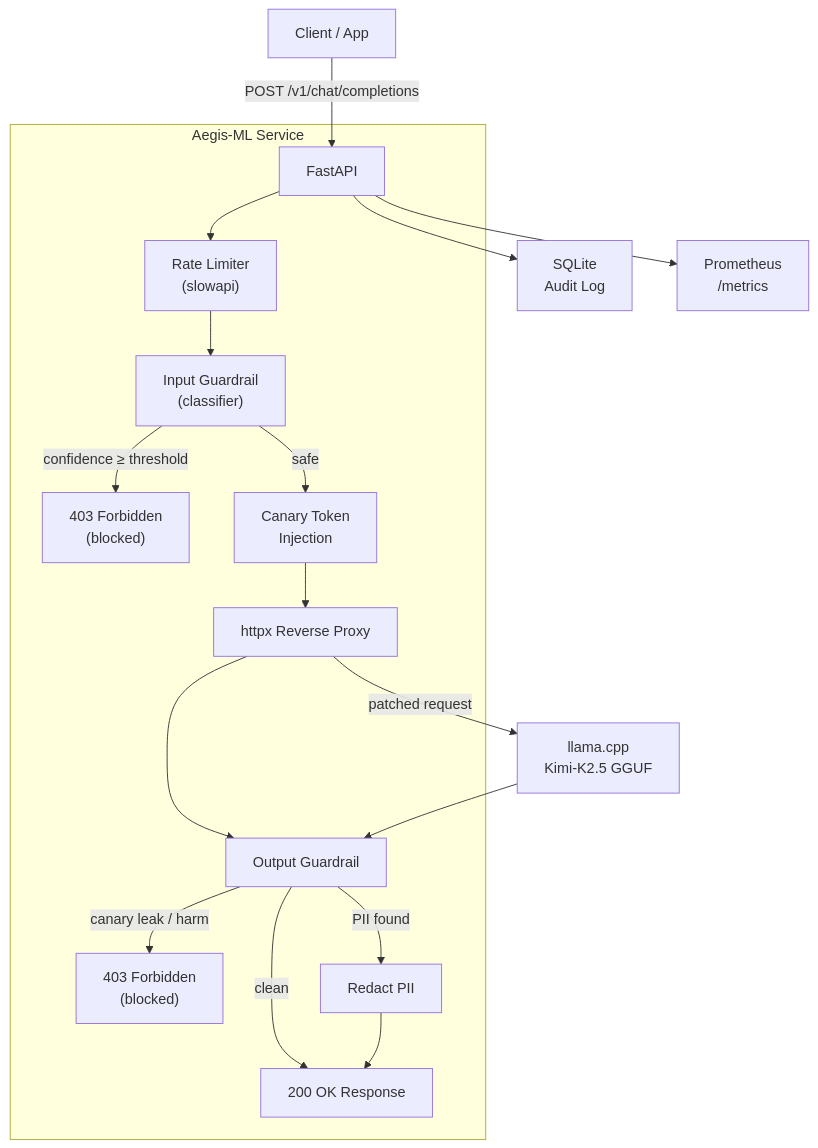
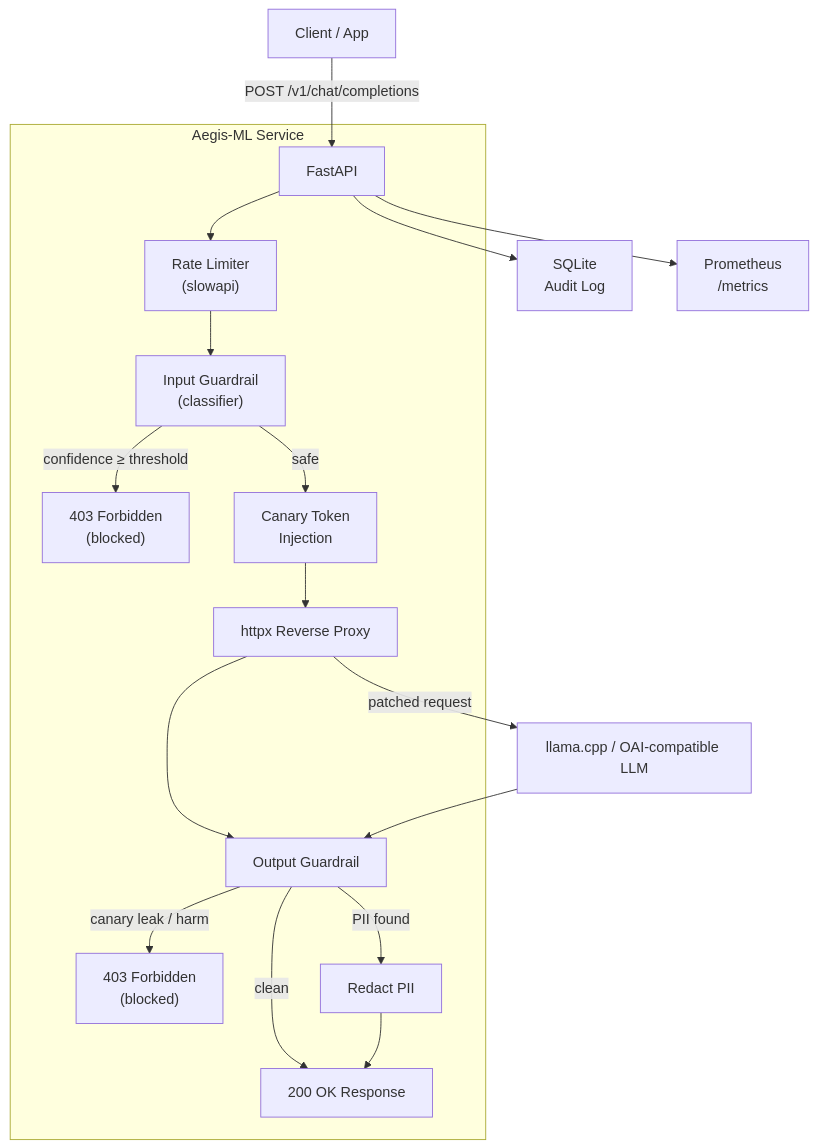
The diagram in README.md (hollowc2/Aegis-ML), drawn with Mermaid before and after one commit. The commit also changed other lines of this file and 7 other files, not shown here.

````diff
--- a/README.md
+++ b/README.md
@@ -59,23 +77,23 @@
 ```mermaid
 graph TB
     Client["Client / App"] -->|"POST /v1/chat/completions"| FastAPI
 
     subgraph Aegis-ML Service
         FastAPI --> RateLimit["Rate Limiter\n(slowapi)"]
         RateLimit --> InputGuard["Input Guardrail\n(classifier)"]
         InputGuard -->|"confidence ≥ threshold"| Block403["403 Forbidden\n(blocked)"]
         InputGuard -->|"safe"| Canary["Canary Token\nInjection"]
         Canary --> Proxy["httpx Reverse Proxy"]
         Proxy --> OutputGuard["Output Guardrail"]
         OutputGuard -->|"canary leak / harm"| Block403Out["403 Forbidden\n(blocked)"]
         OutputGuard -->|"PII found"| Redact["Redact PII"]
         OutputGuard -->|"clean"| Response["200 OK Response"]
         Redact --> Response
     end
 
-    Proxy -->|"patched request"| LLM["llama.cpp\nKimi-K2.5 GGUF"]
+    Proxy -->|"patched request"| LLM["llama.cpp / OAI-compatible LLM"]
     LLM --> OutputGuard
 
     FastAPI --> AuditDB["SQLite\nAudit Log"]
     FastAPI --> Prometheus["Prometheus\n/metrics"]
 ```
````
